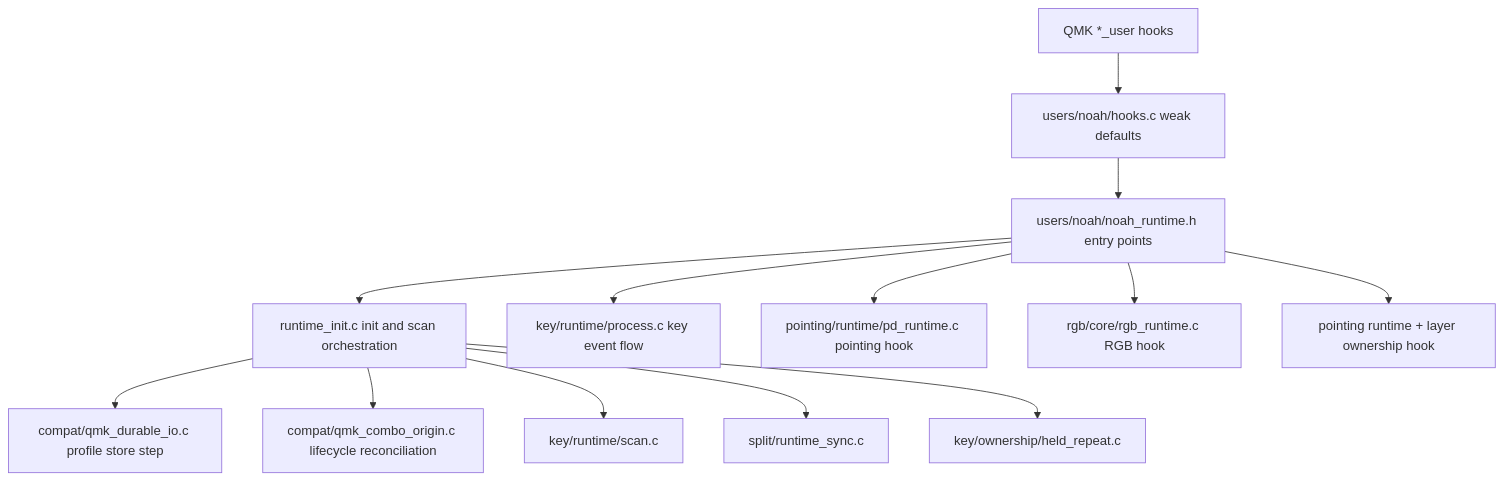
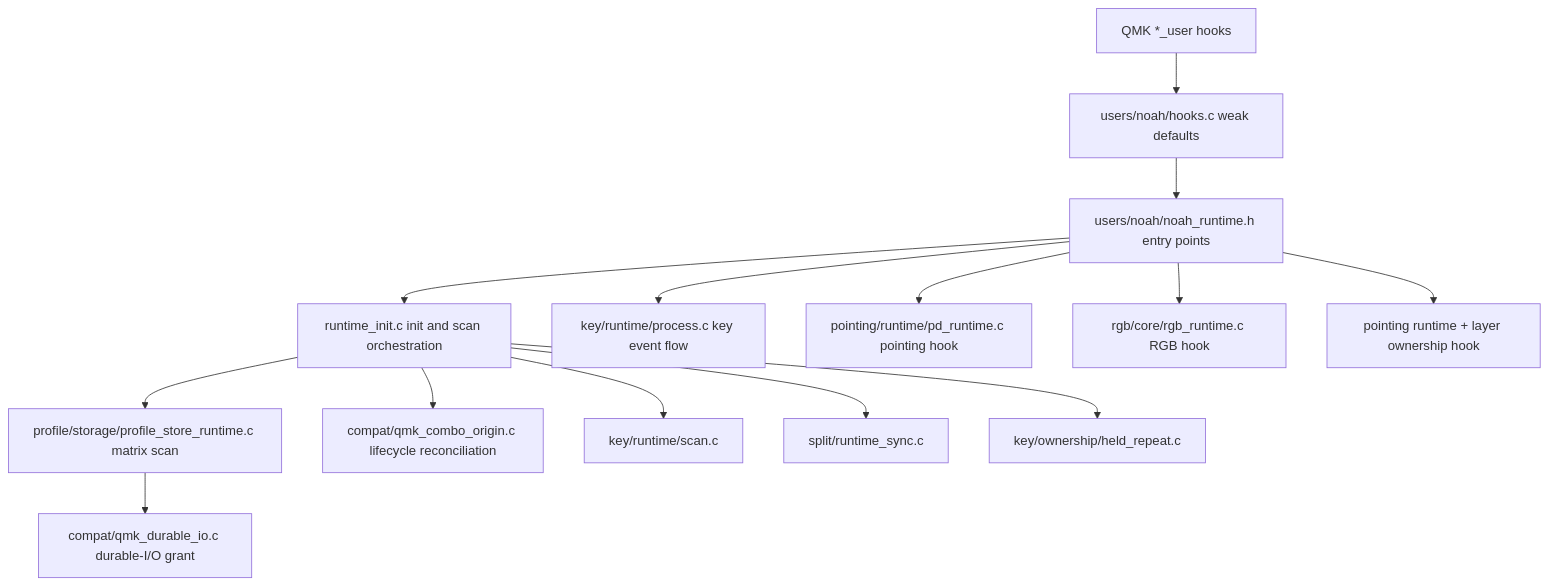
The first of 12 diagrams in docs/architecture/runtime-flow.md (NoahCLR/charybdis-4x6), drawn with Mermaid before and after one commit. The commit also changed other lines of this file and 3 other files, not shown here.

First line of the commit message:
The docs call the durable-I/O grant a grant the store runtime owns, not a scheduler

````diff
--- a/docs/architecture/runtime-flow.md
+++ b/docs/architecture/runtime-flow.md
@@ -13,15 +13,16 @@
 ```mermaid
 flowchart TD
     qmk["QMK *_user hooks"] --> weak["users/noah/hooks.c weak defaults"]
     weak --> runtime["users/noah/noah_runtime.h entry points"]
     runtime --> init["runtime_init.c init and scan orchestration"]
     runtime --> process["key/runtime/process.c key event flow"]
     runtime --> pointing["pointing/runtime/pd_runtime.c pointing hook"]
     runtime --> rgb["rgb/core/rgb_runtime.c RGB hook"]
     runtime --> layer["pointing runtime + layer ownership hook"]
-    init --> durable_io["compat/qmk_durable_io.c profile store step"]
+    init --> store_runtime["profile/storage/profile_store_runtime.c matrix scan"]
+    store_runtime --> durable_io["compat/qmk_durable_io.c durable-I/O grant"]
     init --> combo_scan["compat/qmk_combo_origin.c lifecycle reconciliation"]
     init --> key_scan["key/runtime/scan.c"]
     init --> split_sync["split/runtime_sync.c"]
     init --> held_repeat["key/ownership/held_repeat.c"]
 ```
````
